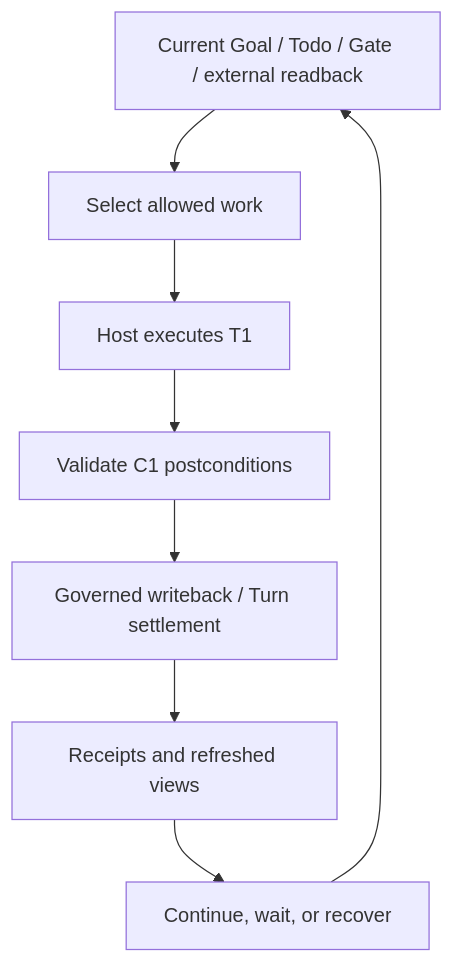
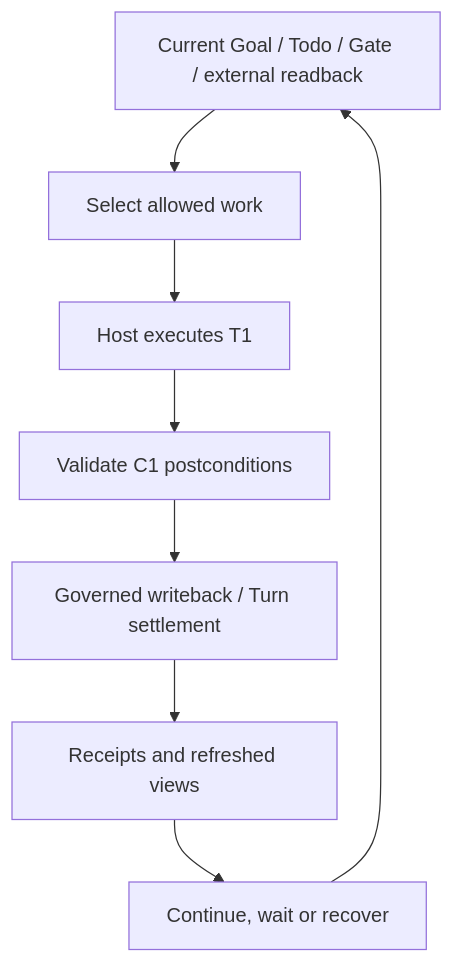
One commit to AronSwan/loopx changed the diagram in docs/book/en/chapters/03-one-turn.md. Above: the diagram before and after it, drawn with Mermaid. The commit also changed other lines of this file and 16 other files, not shown here.

````diff
--- a/docs/book/en/chapters/03-one-turn.md
+++ b/docs/book/en/chapters/03-one-turn.md
@@ -17,10 +18,10 @@
 ```mermaid
 flowchart TD
     F["Current Goal / Todo / Gate / external readback"] --> D["Select allowed work"]
     D --> H["Host executes T1"]
     H --> V["Validate C1 postconditions"]
     V --> W["Governed writeback / Turn settlement"]
     W --> P["Receipts and refreshed views"]
-    P --> N["Continue, wait, or recover"]
+    P --> N["Continue, wait or recover"]
     N --> F
 ```
````
